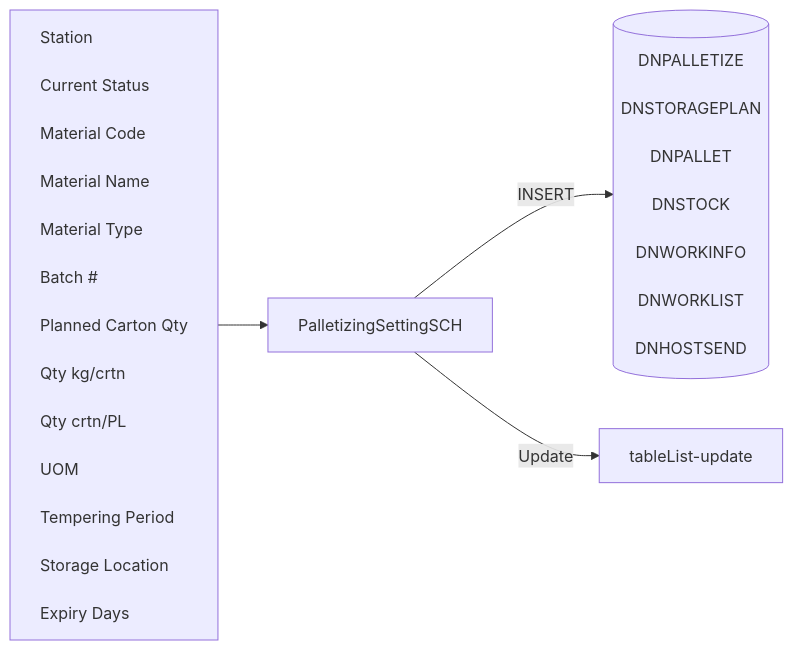
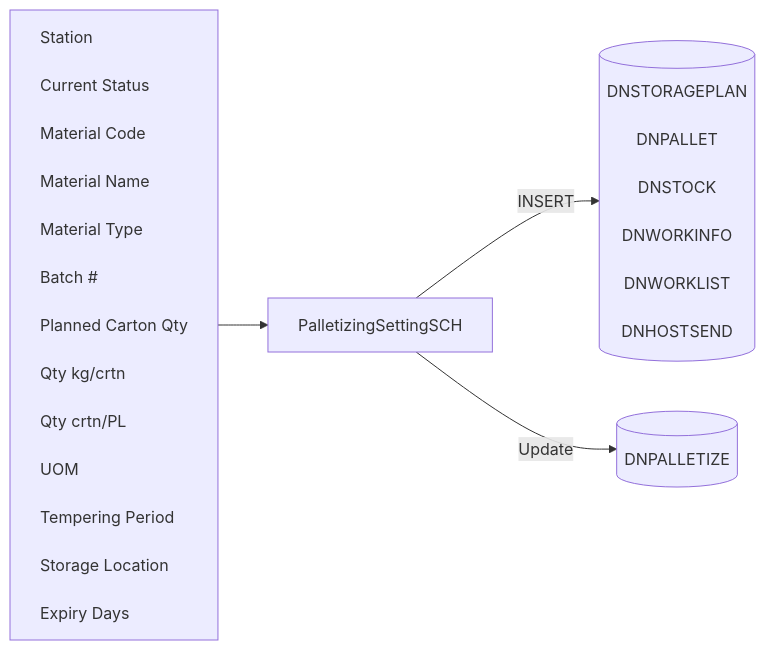
One commit to luthfiadityaa/SimeDarby-Wiki changed the diagram in Basic-Design/DFD-WMS/Storage/Palletizing-Settting/Palletize-Start.md. Above: the diagram before and after it, drawn with Mermaid.

Commit message:
Updated Palletize Start

```diff
--- a/Basic-Design/DFD-WMS/Storage/Palletizing-Settting/Palletize-Start.md
+++ b/Basic-Design/DFD-WMS/Storage/Palletizing-Settting/Palletize-Start.md
@@ -18,37 +18,40 @@
 ::: mermaid
 flowchart LR
     input[
         Station<br>
         Current Status<br>
         Material Code<br>
         Material Name<br>
         Material Type<br>
         Batch #<br>
         Planned Carton Qty<br>
         Qty kg/crtn<br>
         Qty crtn/PL<br>
         UOM<br>
         Tempering Period<br>
         Storage Location<br>
         Expiry Days<br>
     ]
 
+    tableList-insert-update[("
+        DNPALLETIZE<br>
+    ")]
+
     tableList-insert[("
-        DNPALLETIZE<br>
         DNSTORAGEPLAN<br>
         DNPALLET<br>
         DNSTOCK<br>
         DNWORKINFO<br>
         DNWORKLIST<br>
         DNHOSTSEND<br>
     ")]
 
     className[PalletizingSettingSCH]
 
     input --> className --> |INSERT| tableList-insert
-    className --> |Update| tableList-update
+    className --> |Update| tableList-insert-update
 
     classDef leftAlign text-align:left;
     class input leftAlign;
 
 :::
```
